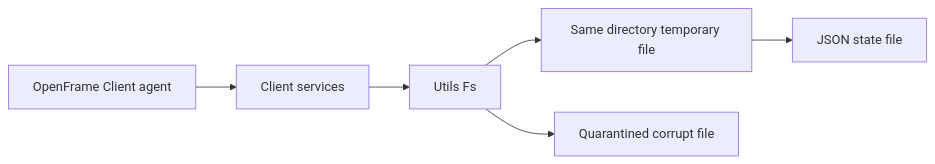
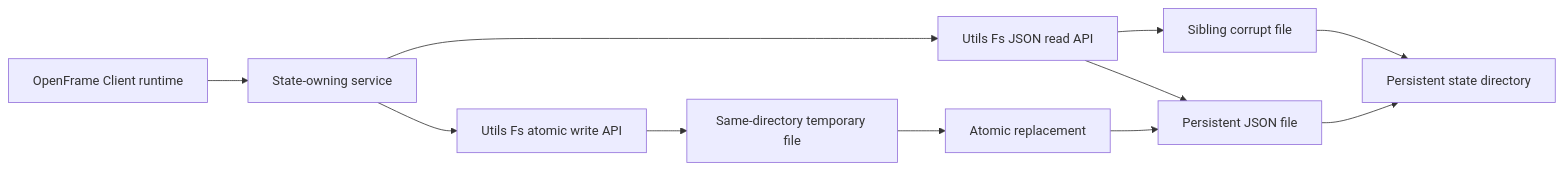
The first of 4 diagrams in docs/reference/architecture/openframe-client-core/utils-fs/utils-fs.md (flamingo-stack/openframe-oss-tenant), drawn with Mermaid before and after one commit. The commit also changed other lines of this file and 2377 other files, not shown here.

````diff
--- a/docs/reference/architecture/openframe-client-core/utils-fs/utils-fs.md
+++ b/docs/reference/architecture/openframe-client-core/utils-fs/utils-fs.md
@@ -18,14 +20,13 @@
 ```mermaid
 flowchart LR
-    Client["OpenFrame Client agent"]
-    Services["Client services"]
-    Utils["Utils Fs"]
-    Temp["Same directory temporary file"]
-    State["JSON state file"]
-    Quarantine["Quarantined corrupt file"]
-    Client --> Services
-    Services --> Utils
-    Utils --> Temp
-    Temp --> State
-    Utils --> Quarantine
+    ClientRuntime["OpenFrame Client runtime"] --> StateOwner["State-owning service"]
+    StateOwner --> JsonApi["Utils Fs JSON read API"]
+    StateOwner --> WriteApi["Utils Fs atomic write API"]
+    JsonApi --> LocalFile["Persistent JSON file"]
+    WriteApi --> TempFile["Same-directory temporary file"]
+    TempFile --> Replace["Atomic replacement"]
+    Replace --> LocalFile
+    JsonApi --> Quarantine["Sibling corrupt file"]
+    Quarantine --> LocalDirectory["Persistent state directory"]
+    LocalFile --> LocalDirectory
 ```
````
